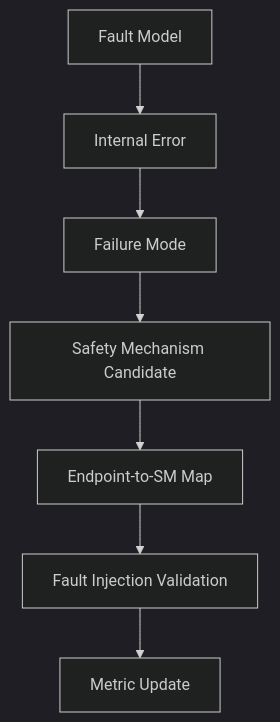
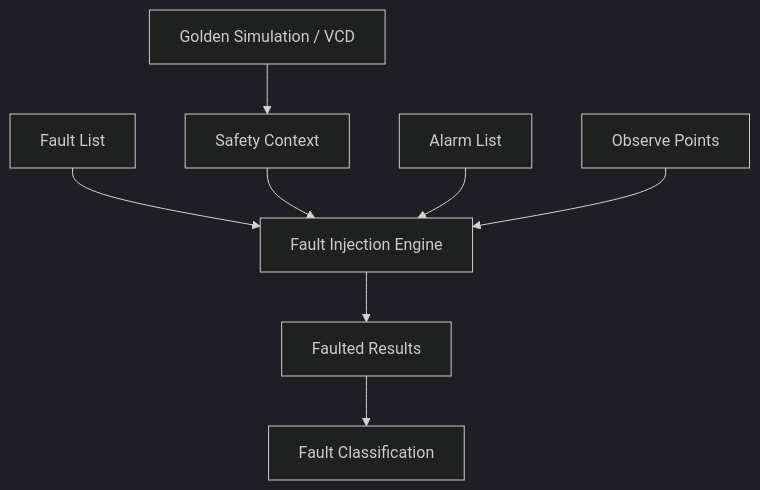
The seventh of 11 diagrams in articles/01_automotive_safeic_practice_d01_github_en_revised.md (qiqixixi1001/automotive-safeic-practice), drawn with Mermaid (dark theme) before and after one commit. The commit also changed other lines of this file, not shown here.

````diff
--- a/articles/01_automotive_safeic_practice_d01_github_en_revised.md
+++ b/articles/01_automotive_safeic_practice_d01_github_en_revised.md
@@ -523,9 +722,10 @@
 ```mermaid
 flowchart TD
-    A[Fault Model] --> B[Internal Error]
-    B --> C[Failure Mode]
-    C --> D[Safety Mechanism Candidate]
-    D --> E[Endpoint-to-SM Map]
-    E --> F[Fault Injection Validation]
-    F --> G[Metric Update]
+    A[Golden Simulation / VCD] --> B[Safety Context]
+    C[Fault List] --> D[Fault Injection Engine]
+    B --> D
+    E[Alarm List] --> D
+    F[Observe Points] --> D
+    D --> G[Faulted Results]
+    G --> H[Fault Classification]
 ```
````
